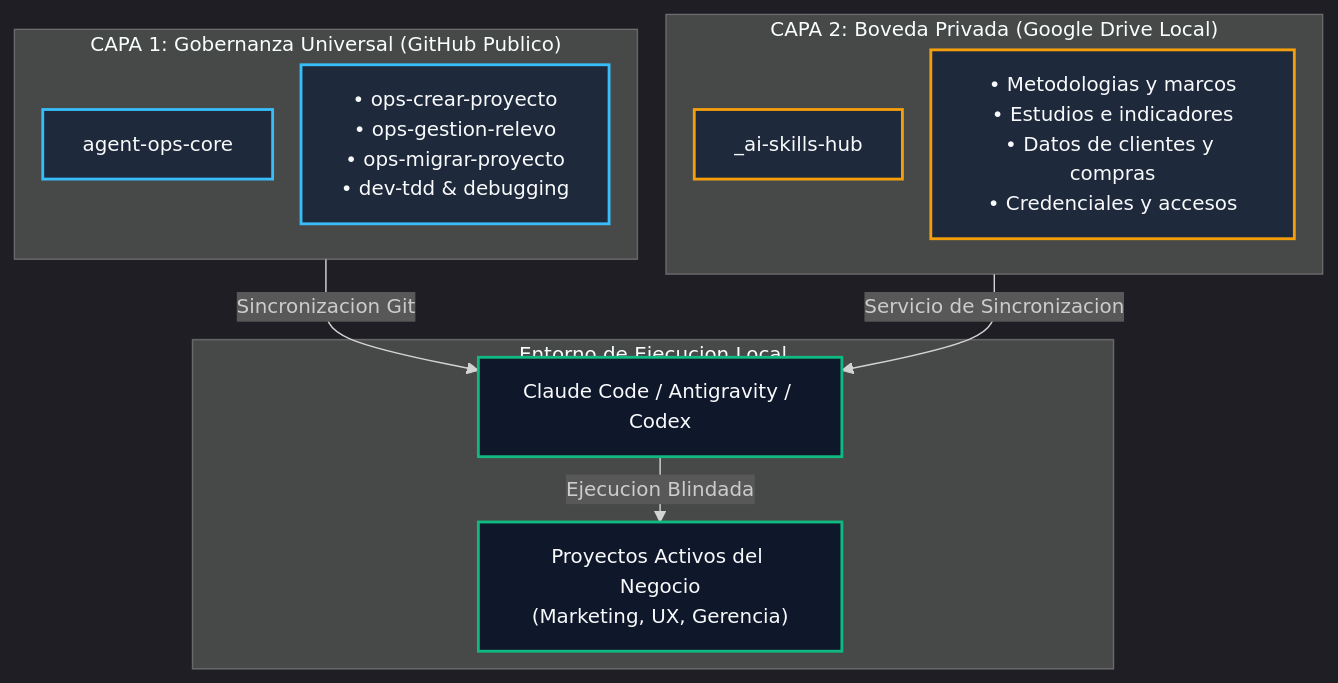
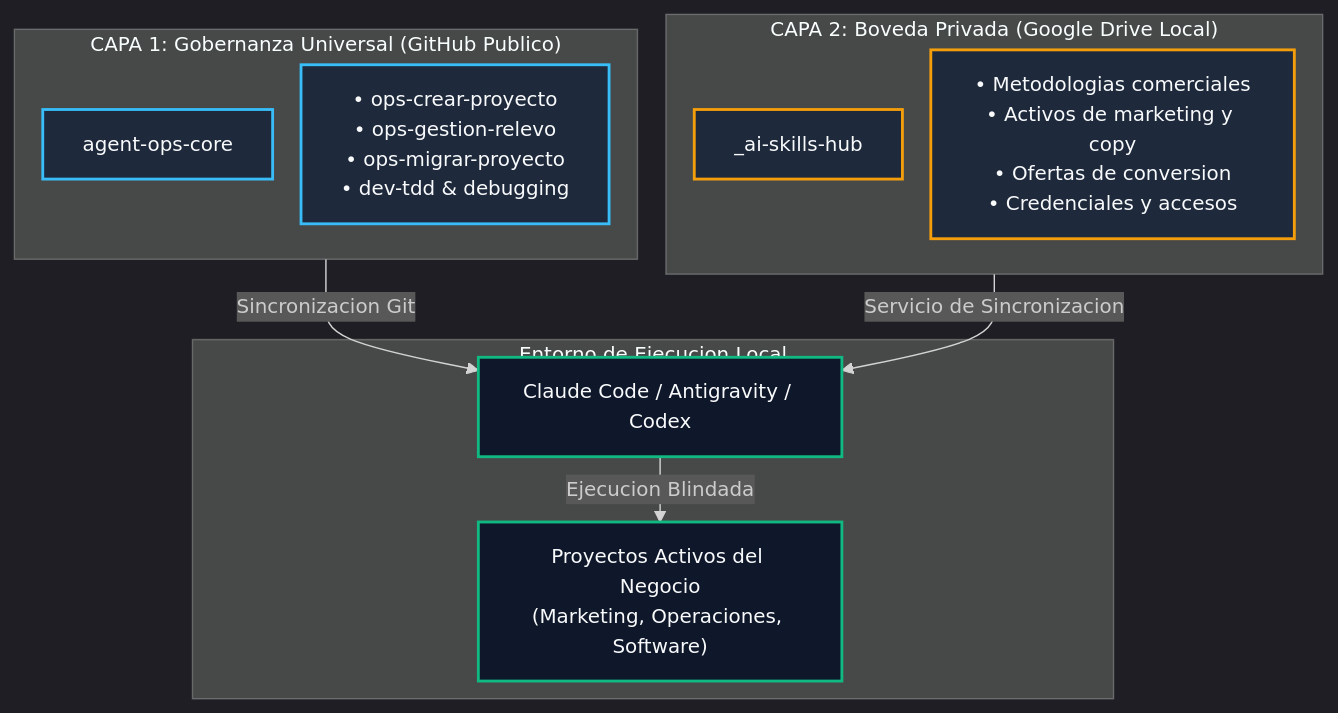
The third of 4 diagrams in README.md (eddvasquez/agent-ops-core), drawn with Mermaid before and after one commit. The commit also changed other lines of this file, not shown here.

````diff
--- a/README.md
+++ b/README.md
@@ -274,31 +202,31 @@
 ```mermaid
 %%{init: {'theme': 'dark', 'themeVariables': { 'fontSize': '14px' }, 'flowchart': { 'minNodeWidth': 230, 'nodeSpacing': 20, 'rankSpacing': 25, 'padding': 14 }}}%%
 flowchart TD
     subgraph CAPA1["CAPA 1: Gobernanza Universal (GitHub Publico)"]
         direction TB
         OpsCore["agent-ops-core"]
         P_Ops["• ops-crear-proyecto<br>• ops-gestion-relevo<br>• ops-migrar-proyecto<br>• dev-tdd & debugging"]
     end
 
     subgraph CAPA2["CAPA 2: Boveda Privada (Google Drive Local)"]
         direction TB
         HubPrivado["_ai-skills-hub"]
-        P_Priv["• Metodologias y marcos<br>• Estudios e indicadores<br>• Datos de clientes y compras<br>• Credenciales y accesos"]
+        P_Priv["• Metodologias comerciales<br>• Activos de marketing y copy<br>• Ofertas de conversion<br>• Credenciales y accesos"]
     end
 
     subgraph MOTOR["Entorno de Ejecucion Local"]
         IA["Claude Code / Antigravity / Codex"]
-        Proyecto["Proyectos Activos del Negocio<br>(Marketing, UX, Gerencia)"]
+        Proyecto["Proyectos Activos del Negocio<br>(Marketing, Operaciones, Software)"]
     end
 
     CAPA1 -->|"Sincronizacion Git"| IA
     CAPA2 -->|"Servicio de Sincronizacion"| IA
     IA -->|"Ejecucion Blindada"| Proyecto
 
     classDef public fill:#1e293b,stroke:#38bdf8,stroke-width:2px,color:#f8fafc;
     classDef private fill:#1e293b,stroke:#f59e0b,stroke-width:2px,color:#f8fafc;
     classDef target fill:#0f172a,stroke:#10b981,stroke-width:2px,color:#f8fafc;
     class OpsCore,P_Ops public;
     class HubPrivado,P_Priv private;
     class IA,Proyecto target;
 ```
````
